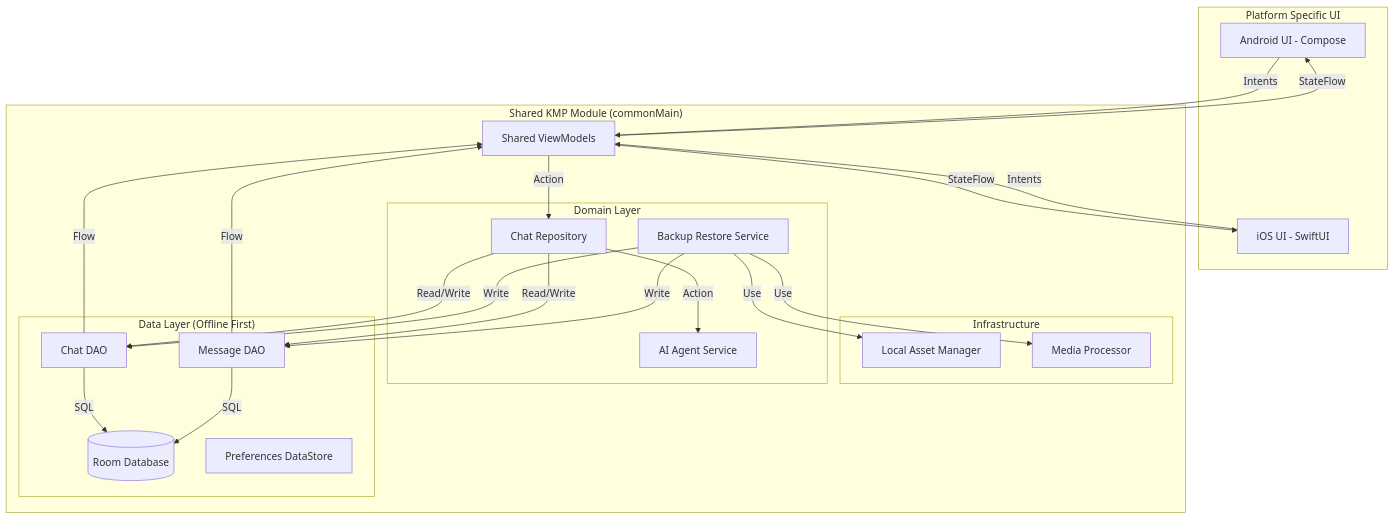
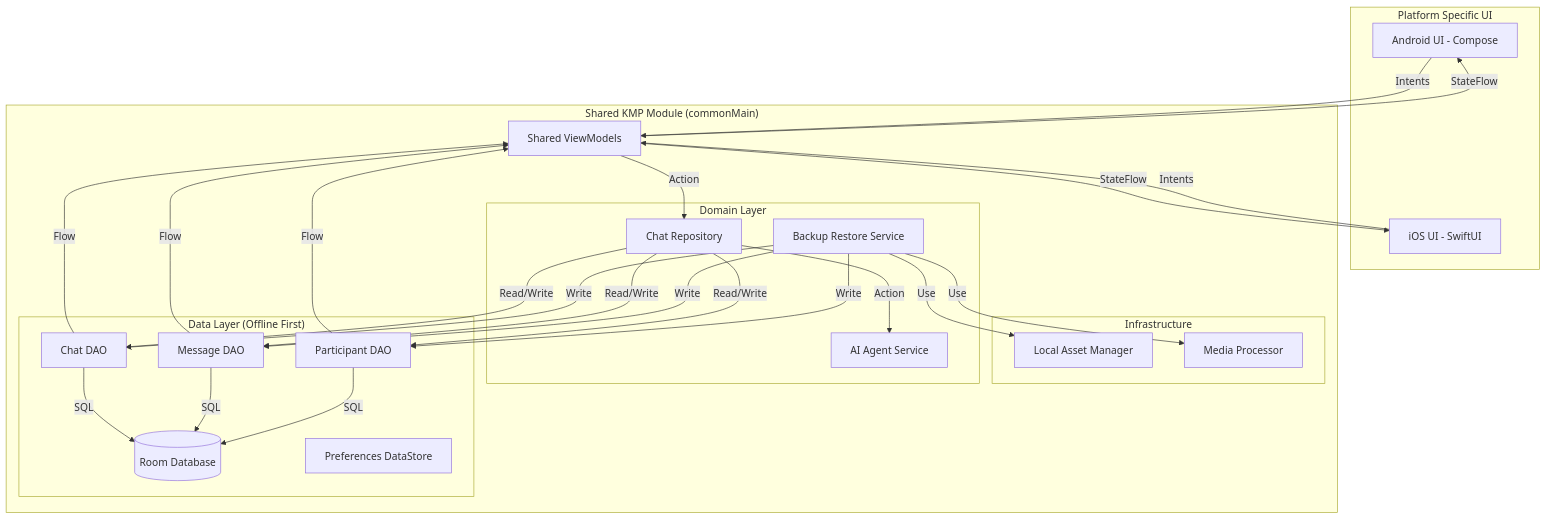
One commit to ashishekka97/offline-first-chat-kmp changed the first of 2 diagrams in SYSTEM_DESIGN.md. Above: the diagram before and after it, drawn with Mermaid. The commit also changed other lines of this file and 10 other files, not shown here.

````diff
--- a/SYSTEM_DESIGN.md
+++ b/SYSTEM_DESIGN.md
@@ -82,50 +83,55 @@
 ```mermaid
 graph TD
     subgraph "Platform Specific UI"
         A[Android UI - Compose]
         B[iOS UI - SwiftUI]
     end
 
     subgraph "Shared KMP Module (commonMain)"
         C[Shared ViewModels]
         
         subgraph "Infrastructure"
             I1[Local Asset Manager]
             I2[Media Processor]
         end
 
         subgraph "Domain Layer"
             D[Chat Repository]
             E[AI Agent Service]
             RS[Backup Restore Service]
         end
         
         subgraph "Data Layer (Offline First)"
             F[(Room Database)]
             DS[Preferences DataStore]
             G[Chat DAO]
             H[Message DAO]
+            P[Participant DAO]
         end
         
         C -- StateFlow --> A
         C -- StateFlow --> B
         A -- Intents --> C
         B -- Intents --> C
         
         C -- Action --> D
         D -- Action --> E
         
         D -- Read/Write --> G
         D -- Read/Write --> H
+        D -- Read/Write --> P
         RS -- Write --> G
         RS -- Write --> H
+        RS -- Write --> P
         RS -- Use --> I1
         RS -- Use --> I2
         
         G -- Flow --> C
         H -- Flow --> C
+        P -- Flow --> C
         
         G -- SQL --> F
         H -- SQL --> F
+        P -- SQL --> F
     end
 ```
````
